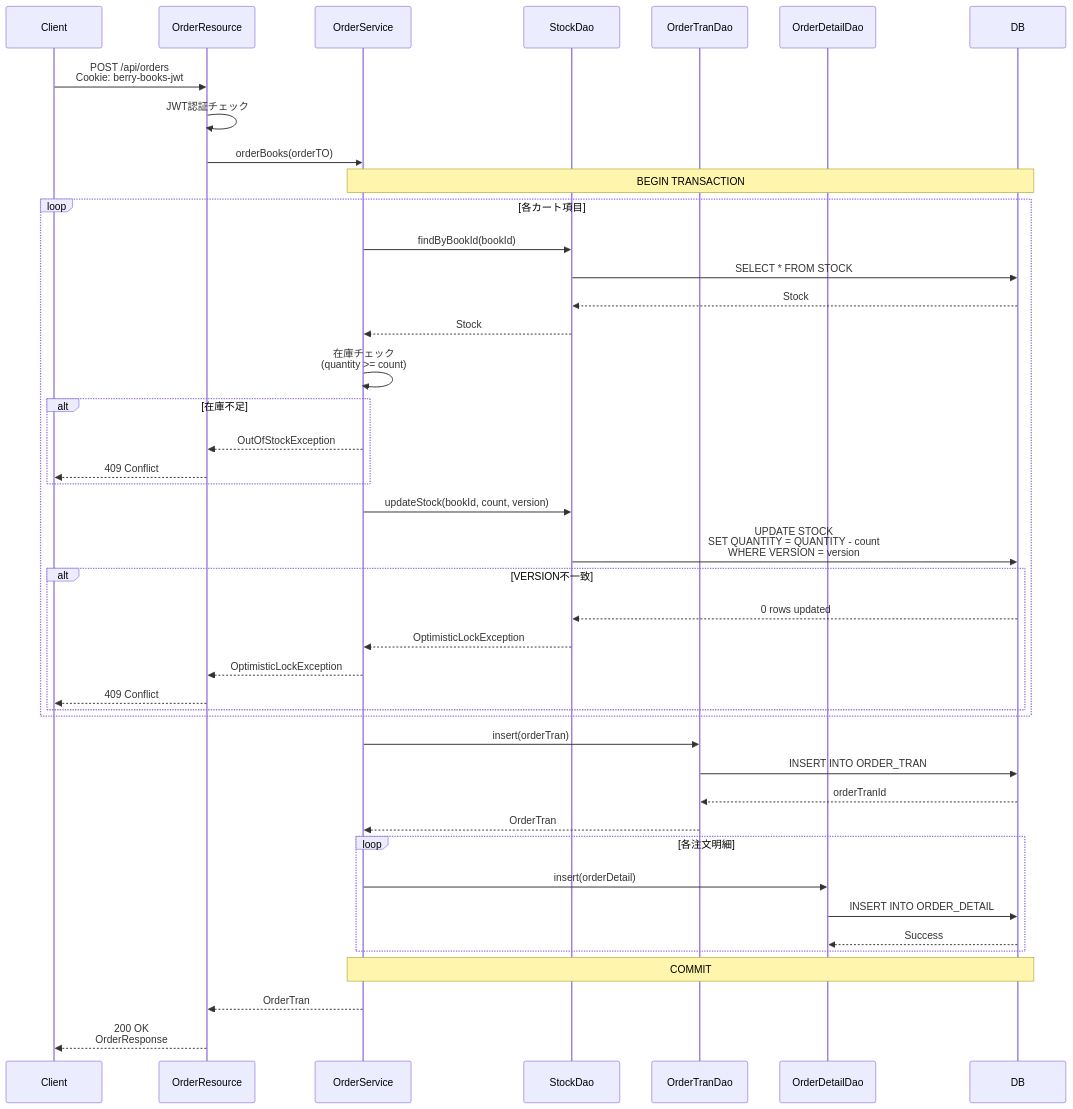
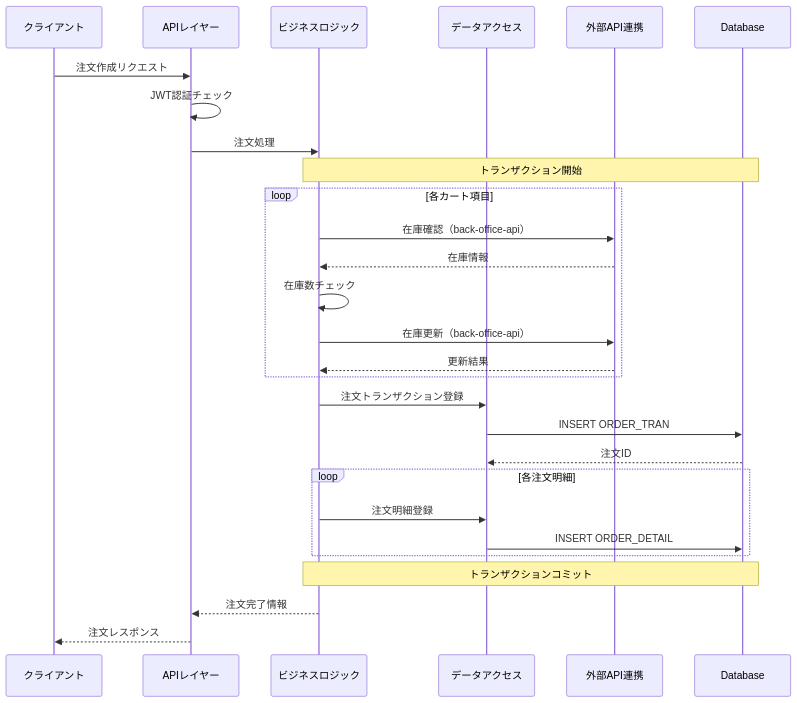
The second of 2 diagrams in projects/sdd/bookstore/berry-books-api-sdd/specs/baseline/system/functional_design.md (KenyaSaitoh/ai_driven_dev_202601), drawn with Mermaid before and after one commit. The commit also changed other lines of this file and 52 other files, not shown here.

````diff
--- a/projects/sdd/bookstore/berry-books-api-sdd/specs/baseline/system/functional_design.md
+++ b/projects/sdd/bookstore/berry-books-api-sdd/specs/baseline/system/functional_design.md
@@ -216,56 +150,37 @@
 ```mermaid
 sequenceDiagram
-    participant Client
-    participant OrderResource
-    participant OrderService
-    participant StockDao
-    participant OrderTranDao
-    participant OrderDetailDao
-    participant DB
+    participant Client as クライアント
+    participant API as APIレイヤー
+    participant BizLogic as ビジネスロジック
+    participant DataAccess as データアクセス
+    participant ExtAPI as 外部API連携
+    participant DB as Database
     
-    Client->>OrderResource: POST /api/orders<br/>Cookie: berry-books-jwt
-    OrderResource->>OrderResource: JWT認証チェック
-    OrderResource->>OrderService: orderBooks(orderTO)
+    Client->>API: 注文作成リクエスト
+    API->>API: JWT認証チェック
+    API->>BizLogic: 注文処理
     
-    Note over OrderService,DB: BEGIN TRANSACTION
+    Note over BizLogic,DB: トランザクション開始
     
     loop 各カート項目
-        OrderService->>StockDao: findByBookId(bookId)
-        StockDao->>DB: SELECT * FROM STOCK
-        DB-->>StockDao: Stock
-        StockDao-->>OrderService: Stock
-        
-        OrderService->>OrderService: 在庫チェック<br/>(quantity >= count)
-        
-        alt 在庫不足
-            OrderService-->>OrderResource: OutOfStockException
-            OrderResource-->>Client: 409 Conflict
-        end
-        
-        OrderService->>StockDao: updateStock(bookId, count, version)
-        StockDao->>DB: UPDATE STOCK<br/>SET QUANTITY = QUANTITY - count<br/>WHERE VERSION = version
-        
-        alt VERSION不一致
-            DB-->>StockDao: 0 rows updated
-            StockDao-->>OrderService: OptimisticLockException
-            OrderService-->>OrderResource: OptimisticLockException
-            OrderResource-->>Client: 409 Conflict
-        end
+        BizLogic->>ExtAPI: 在庫確認（back-office-api）
+        ExtAPI-->>BizLogic: 在庫情報
+        BizLogic->>BizLogic: 在庫数チェック
+        BizLogic->>ExtAPI: 在庫更新（back-office-api）
+        ExtAPI-->>BizLogic: 更新結果
     end
     
-    OrderService->>OrderTranDao: insert(orderTran)
-    OrderTranDao->>DB: INSERT INTO ORDER_TRAN
-    DB-->>OrderTranDao: orderTranId
-    OrderTranDao-->>OrderService: OrderTran
+    BizLogic->>DataAccess: 注文トランザクション登録
+    DataAccess->>DB: INSERT ORDER_TRAN
+    DB-->>DataAccess: 注文ID
     
     loop 各注文明細
-        OrderService->>OrderDetailDao: insert(orderDetail)
-        OrderDetailDao->>DB: INSERT INTO ORDER_DETAIL
-        DB-->>OrderDetailDao: Success
+        BizLogic->>DataAccess: 注文明細登録
+        DataAccess->>DB: INSERT ORDER_DETAIL
     end
     
-    Note over OrderService,DB: COMMIT
+    Note over BizLogic,DB: トランザクションコミット
     
-    OrderService-->>OrderResource: OrderTran
-    OrderResource-->>Client: 200 OK<br/>OrderResponse
+    BizLogic-->>API: 注文完了情報
+    API-->>Client: 注文レスポンス
 ```
````
